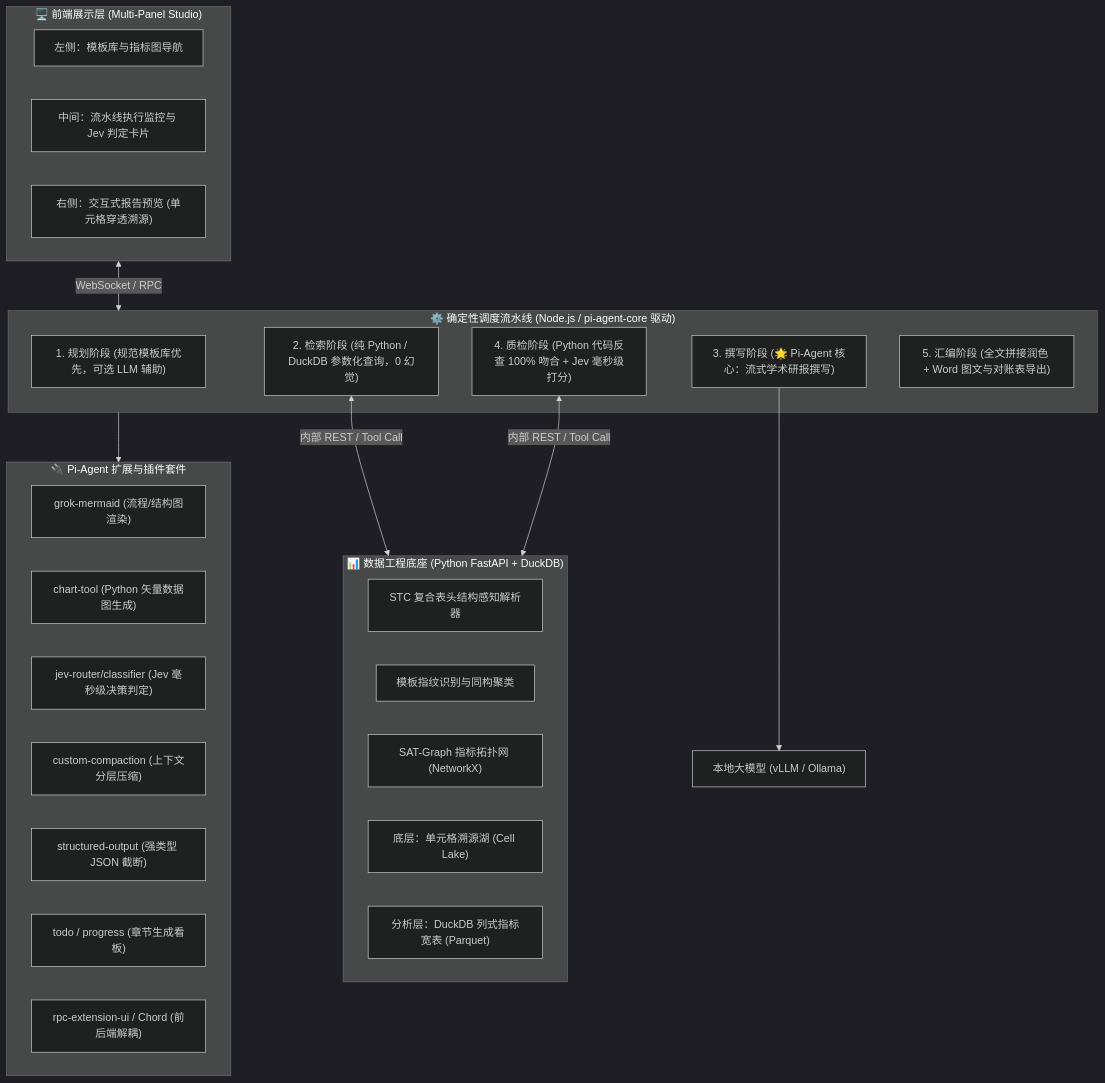
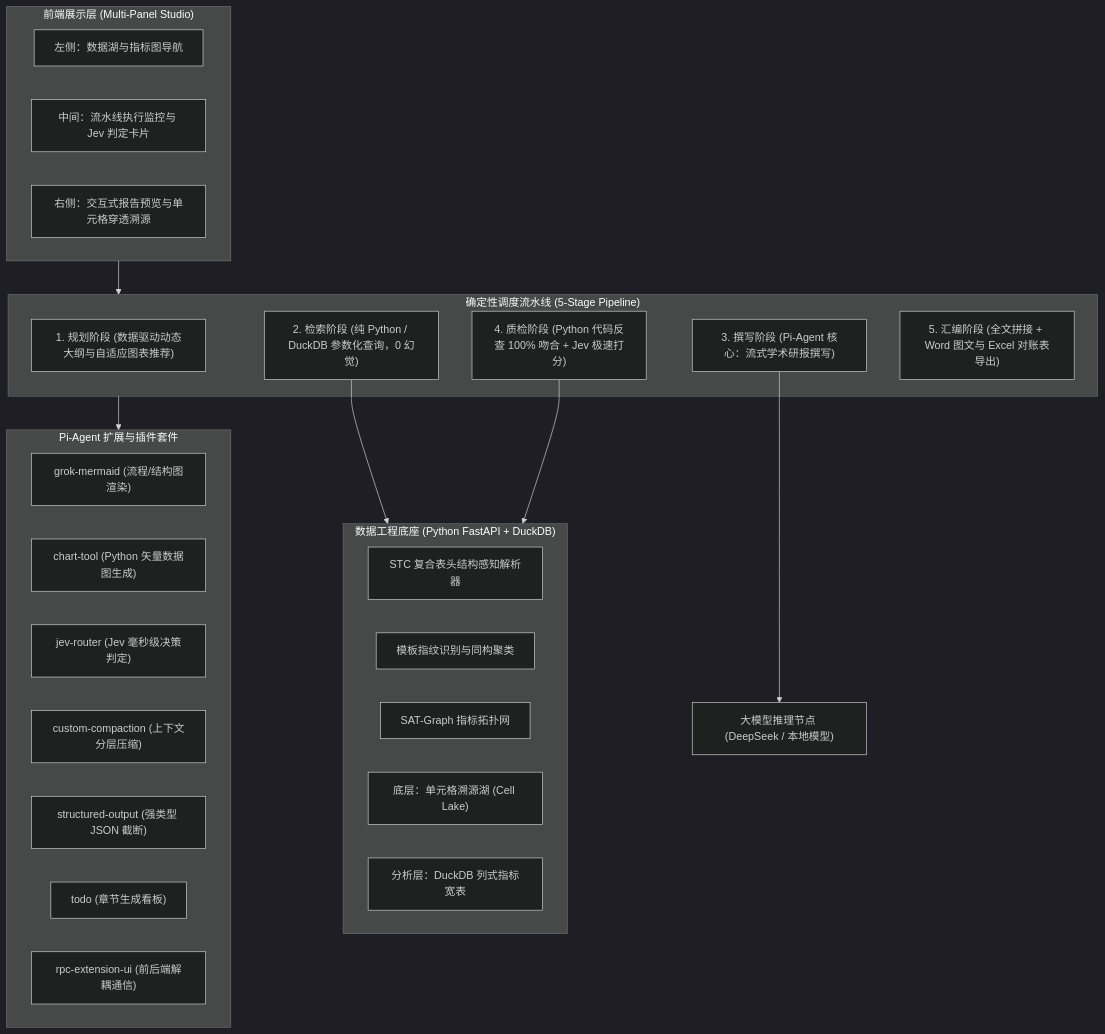
The first of 3 diagrams in excel_report_agent_system_architecture.md (yvemiz/excel_report_version2), drawn with Mermaid (dark theme) before and after one commit. The commit also changed other lines of this file and 3 other files, not shown here.

````diff
--- a/excel_report_agent_system_architecture.md
+++ b/excel_report_agent_system_architecture.md
@@ -20,39 +20,40 @@
 ```mermaid
 graph TD
-    subgraph UI ["🖥️ 前端展示层 (Multi-Panel Studio)"]
-        UI_Template["左侧：模板库与指标图导航"]
+    subgraph UI ["前端展示层 (Multi-Panel Studio)"]
+        UI_Template["左侧：数据湖与指标图导航"]
         UI_Pipeline["中间：流水线执行监控与 Jev 判定卡片"]
-        UI_Report["右侧：交互式报告预览 (单元格穿透溯源)"]
+        UI_Report["右侧：交互式报告预览与单元格穿透溯源"]
     end
 
-    subgraph Pipeline ["⚙️ 确定性调度流水线 (Node.js / pi-agent-core 驱动)"]
-        Stage1["1. 规划阶段 (规范模板库优先，可选 LLM 辅助)"]
+    subgraph Pipeline ["确定性调度流水线 (5-Stage Pipeline)"]
+        Stage1["1. 规划阶段 (数据驱动动态大纲与自适应图表推荐)"]
         Stage2["2. 检索阶段 (纯 Python / DuckDB 参数化查询，0 幻觉)"]
-        Stage3["3. 撰写阶段 (🌟 Pi-Agent 核心：流式学术研报撰写)"]
-        Stage4["4. 质检阶段 (Python 代码反查 100% 吻合 + Jev 毫秒级打分)"]
-        Stage5["5. 汇编阶段 (全文拼接润色 + Word 图文与对账表导出)"]
+        Stage3["3. 撰写阶段 (Pi-Agent 核心：流式学术研报撰写)"]
+        Stage4["4. 质检阶段 (Python 代码反查 100% 吻合 + Jev 极速打分)"]
+        Stage5["5. 汇编阶段 (全文拼接 + Word 图文与 Excel 对账表导出)"]
     end
 
-    subgraph Plugins ["🔌 Pi-Agent 扩展与插件套件"]
+    subgraph Plugins ["Pi-Agent 扩展与插件套件"]
         P_Mermaid["grok-mermaid (流程/结构图渲染)"]
         P_Chart["chart-tool (Python 矢量数据图生成)"]
-        P_Jev["jev-router/classifier (Jev 毫秒级决策判定)"]
+        P_Jev["jev-router (Jev 毫秒级决策判定)"]
         P_Compact["custom-compaction (上下文分层压缩)"]
         P_Struct["structured-output (强类型 JSON 截断)"]
-        P_Todo["todo / progress (章节生成看板)"]
-        P_RPC["rpc-extension-ui / Chord (前后端解耦)"]
+        P_Todo["todo (章节生成看板)"]
+        P_RPC["rpc-extension-ui (前后端解耦通信)"]
     end
 
-    subgraph DataEngine ["📊 数据工程底座 (Python FastAPI + DuckDB)"]
+    subgraph DataEngine ["数据工程底座 (Python FastAPI + DuckDB)"]
         STC_Parser["STC 复合表头结构感知解析器"]
         Fingerprint["模板指纹识别与同构聚类"]
-        SAT_Graph["SAT-Graph 指标拓扑网 (NetworkX)"]
+        SAT_Graph["SAT-Graph 指标拓扑网"]
         Cell_Lake["底层：单元格溯源湖 (Cell Lake)"]
-        DuckDB_Engine["分析层：DuckDB 列式指标宽表 (Parquet)"]
+        DuckDB_Engine["分析层：DuckDB 列式指标宽表"]
     end
 
-    UI <-->|WebSocket / RPC| Pipeline
+    UI --> Pipeline
     Pipeline --> Plugins
-    Stage2 & Stage4 <-->|内部 REST / Tool Call| DataEngine
-    Stage3 --> Local_LLM["本地大模型 (vLLM / Ollama)"]
+    Stage2 --> DataEngine
+    Stage4 --> DataEngine
+    Stage3 --> LLM_Node["大模型推理节点 (DeepSeek / 本地模型)"]
 ```
````
